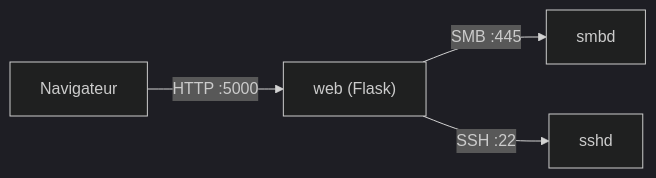
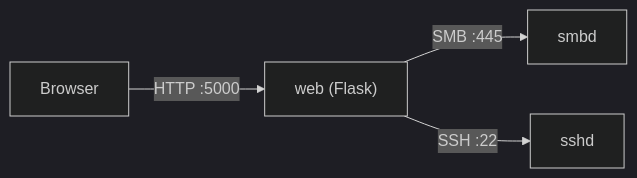
One commit to 4rthur-Root/Website changed the diagram in exp.md. Above: the diagram before and after it, drawn with Mermaid (dark theme). The commit also changed other lines of this file and 8 other files, not shown here.

````diff
--- a/exp.md
+++ b/exp.md
@@ -26,6 +30,6 @@
 ```mermaid
 flowchart LR
-    B["Navigateur"] -- "HTTP :5000" --> W["web (Flask)"]
+    B["Browser"] -- "HTTP :5000" --> W["web (Flask)"]
     W -- "SMB :445" --> S["smbd"]
     W -- "SSH :22" --> H["sshd"]
 ```
````
